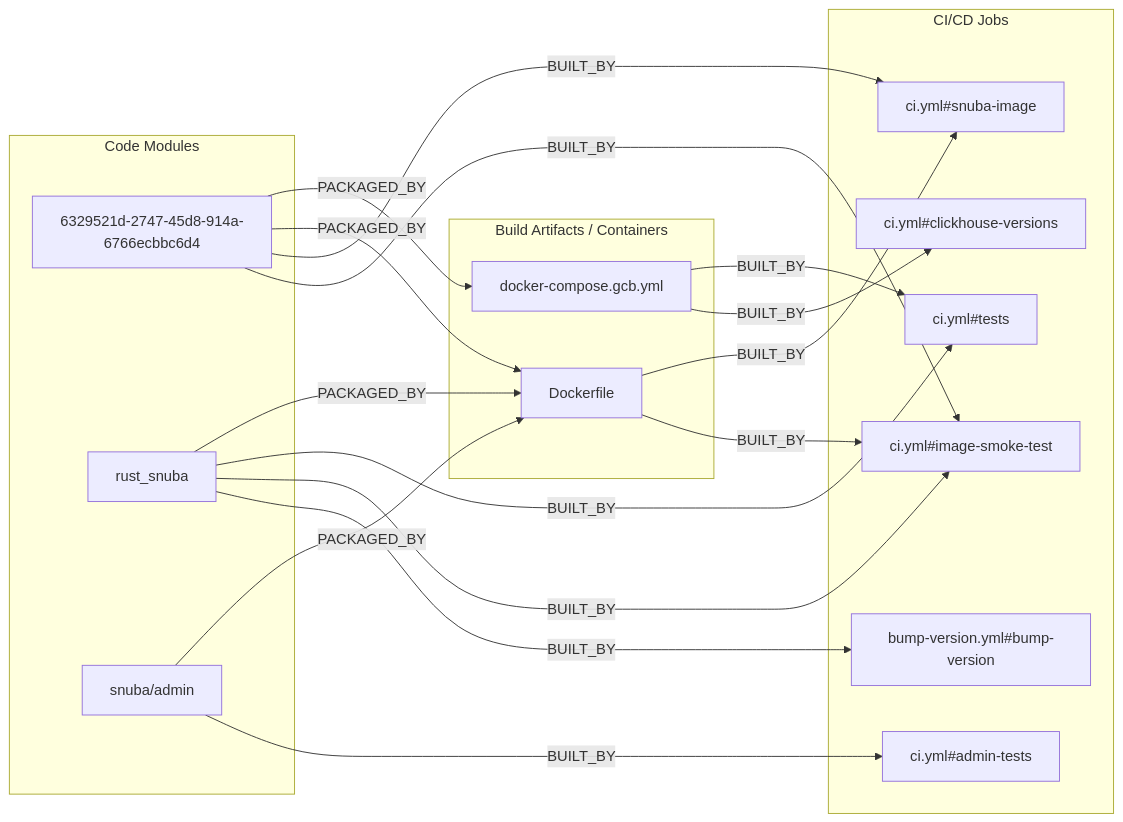
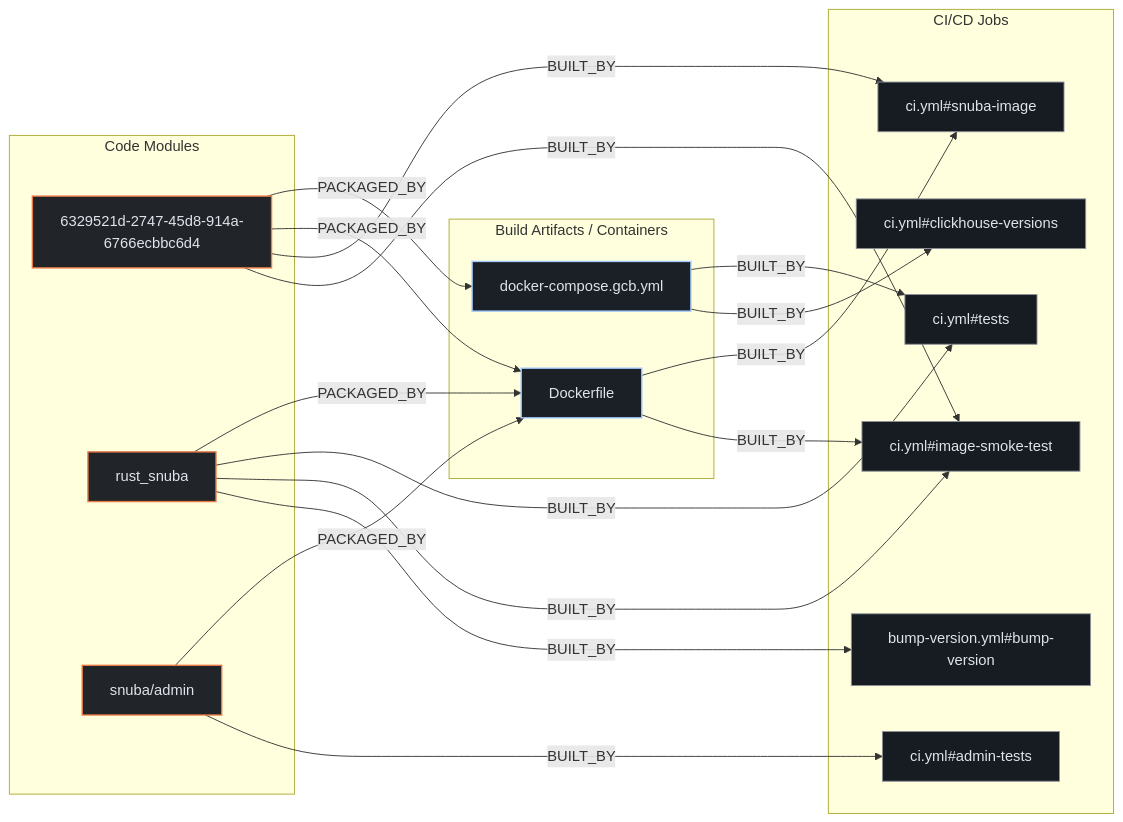
Before and after one commit to kumarshaz/atruss-code-atlas: the second of 3 diagrams in exports/latest/reports/getsentry-snuba-report.md, drawn with Mermaid. The commit also changed other lines of this file and 331 other files, not shown here.

Commit message:
docs,ui,fix: update SDLC docs, reorder CI/CD DAG first, stylize Mermaid, and fix Arc42 pipeline topology

````diff
--- a/exports/latest/reports/getsentry-snuba-report.md
+++ b/exports/latest/reports/getsentry-snuba-report.md
@@ -201,34 +208,38 @@
 ```mermaid
 flowchart LR
+    classDef atlasCategory fill:#212428,stroke:#E87A48,stroke-width:1.5px,color:#dfe3eb
+    classDef atlasWorkflow fill:#1b2026,stroke:#a3c9ff,stroke-width:1.5px,color:#dfe3eb
+    classDef atlasJob fill:#171c22,stroke:#8d9199,stroke-width:1px,color:#dfe3eb
+    classDef atlasTarget fill:#005227,stroke:#8bd99b,stroke-width:1.5px,color:#a7f6b6
     subgraph code_modules["Code Modules"]
-        mod_6329521d_2747_45d8_914a_6766ecbbc6d4["6329521d-2747-45d8-914a-6766ecbbc6d4"]
-        mod_rust_snuba["rust_snuba"]
-        mod_snuba_admin["snuba/admin"]
+        mod_6329521d_2747_45d8_914a_6766ecbbc6d4["6329521d-2747-45d8-914a-6766ecbbc6d4"]:::atlasCategory
+        mod_rust_snuba["rust_snuba"]:::atlasCategory
+        mod_snuba_admin["snuba/admin"]:::atlasCategory
     end
     subgraph build_artifacts["Build Artifacts / Containers"]
-        art_Dockerfile["Dockerfile"]
-        art_docker_compose_gcb_yml["docker-compose.gcb.yml"]
+        art_Dockerfile["Dockerfile"]:::atlasWorkflow
+        art_docker_compose_gcb_yml["docker-compose.gcb.yml"]:::atlasWorkflow
     end
     subgraph ci_jobs["CI/CD Jobs"]
-        job_bump_version_yml_bump_version["bump-version.yml#bump-version"]
-        job_ci_yml_admin_tests["ci.yml#admin-tests"]
-        job_ci_yml_clickhouse_versions["ci.yml#clickhouse-versions"]
-        job_ci_yml_image_smoke_test["ci.yml#image-smoke-test"]
-        job_ci_yml_snuba_image["ci.yml#snuba-image"]
-        job_ci_yml_tests["ci.yml#tests"]
+        job_bump_version_yml_bump_version["bump-version.yml#bump-version"]:::atlasJob
+        job_ci_yml_admin_tests["ci.yml#admin-tests"]:::atlasJob
+        job_ci_yml_clickhouse_versions["ci.yml#clickhouse-versions"]:::atlasJob
+        job_ci_yml_image_smoke_test["ci.yml#image-smoke-test"]:::atlasJob
+        job_ci_yml_snuba_image["ci.yml#snuba-image"]:::atlasJob
+        job_ci_yml_tests["ci.yml#tests"]:::atlasJob
     end
     mod_6329521d_2747_45d8_914a_6766ecbbc6d4 -->|BUILT_BY| job_ci_yml_image_smoke_test
     mod_6329521d_2747_45d8_914a_6766ecbbc6d4 -->|BUILT_BY| job_ci_yml_snuba_image
     mod_6329521d_2747_45d8_914a_6766ecbbc6d4 -->|PACKAGED_BY| art_Dockerfile
     mod_6329521d_2747_45d8_914a_6766ecbbc6d4 -->|PACKAGED_BY| art_docker_compose_gcb_yml
     mod_rust_snuba -->|BUILT_BY| job_bump_version_yml_bump_version
     mod_rust_snuba -->|BUILT_BY| job_ci_yml_image_smoke_test
     mod_rust_snuba -->|BUILT_BY| job_ci_yml_tests
     mod_rust_snuba -->|PACKAGED_BY| art_Dockerfile
     mod_snuba_admin -->|BUILT_BY| job_ci_yml_admin_tests
     mod_snuba_admin -->|PACKAGED_BY| art_Dockerfile
     art_Dockerfile -->|BUILT_BY| job_ci_yml_image_smoke_test
     art_Dockerfile -->|BUILT_BY| job_ci_yml_snuba_image
     art_docker_compose_gcb_yml -->|BUILT_BY| job_ci_yml_clickhouse_versions
     art_docker_compose_gcb_yml -->|BUILT_BY| job_ci_yml_tests
 ```
````
